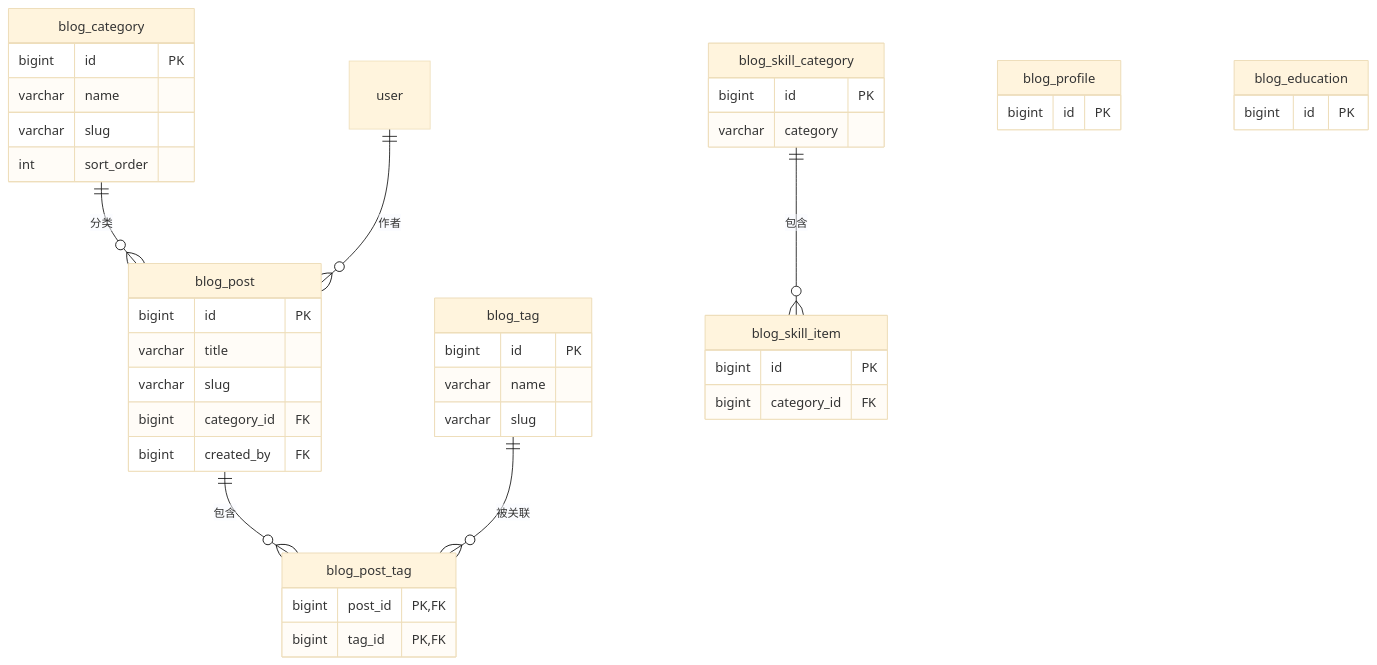
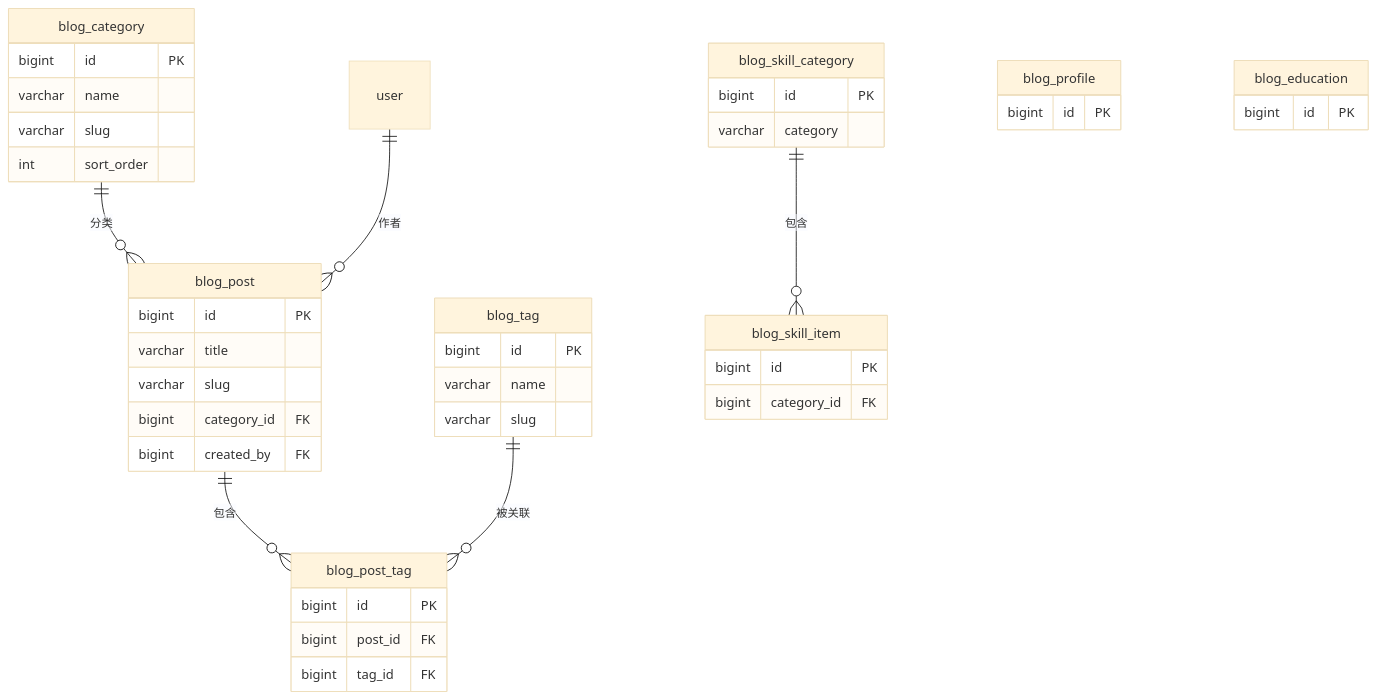
One commit to slnt23/Constellation changed the diagram in .docs/adr/mango-blog-module-plan.md. Above: the diagram before and after it, drawn with Mermaid (base theme). The commit also changed other lines of this file and 9 other files, not shown here.

````diff
--- a/.docs/adr/mango-blog-module-plan.md
+++ b/.docs/adr/mango-blog-module-plan.md
@@ -62,45 +62,46 @@
 ```mermaid
 erDiagram
     blog_category ||--o{ blog_post : "分类"
     user ||--o{ blog_post : "作者"
     blog_post ||--o{ blog_post_tag : "包含"
     blog_tag ||--o{ blog_post_tag : "被关联"
     blog_skill_category ||--o{ blog_skill_item : "包含"
 
     blog_category {
         bigint id PK
         varchar name
         varchar slug
         int sort_order
     }
     blog_tag {
         bigint id PK
         varchar name
         varchar slug
     }
     blog_post {
         bigint id PK
         varchar title
         varchar slug
         bigint category_id FK
         bigint created_by FK
     }
     blog_post_tag {
-        bigint post_id PK,FK
-        bigint tag_id PK,FK
+        bigint id PK
+        bigint post_id FK
+        bigint tag_id FK
     }
     blog_profile {
         bigint id PK
     }
     blog_education {
         bigint id PK
     }
     blog_skill_category {
         bigint id PK
         varchar category
     }
     blog_skill_item {
         bigint id PK
         bigint category_id FK
     }
 ```
````
